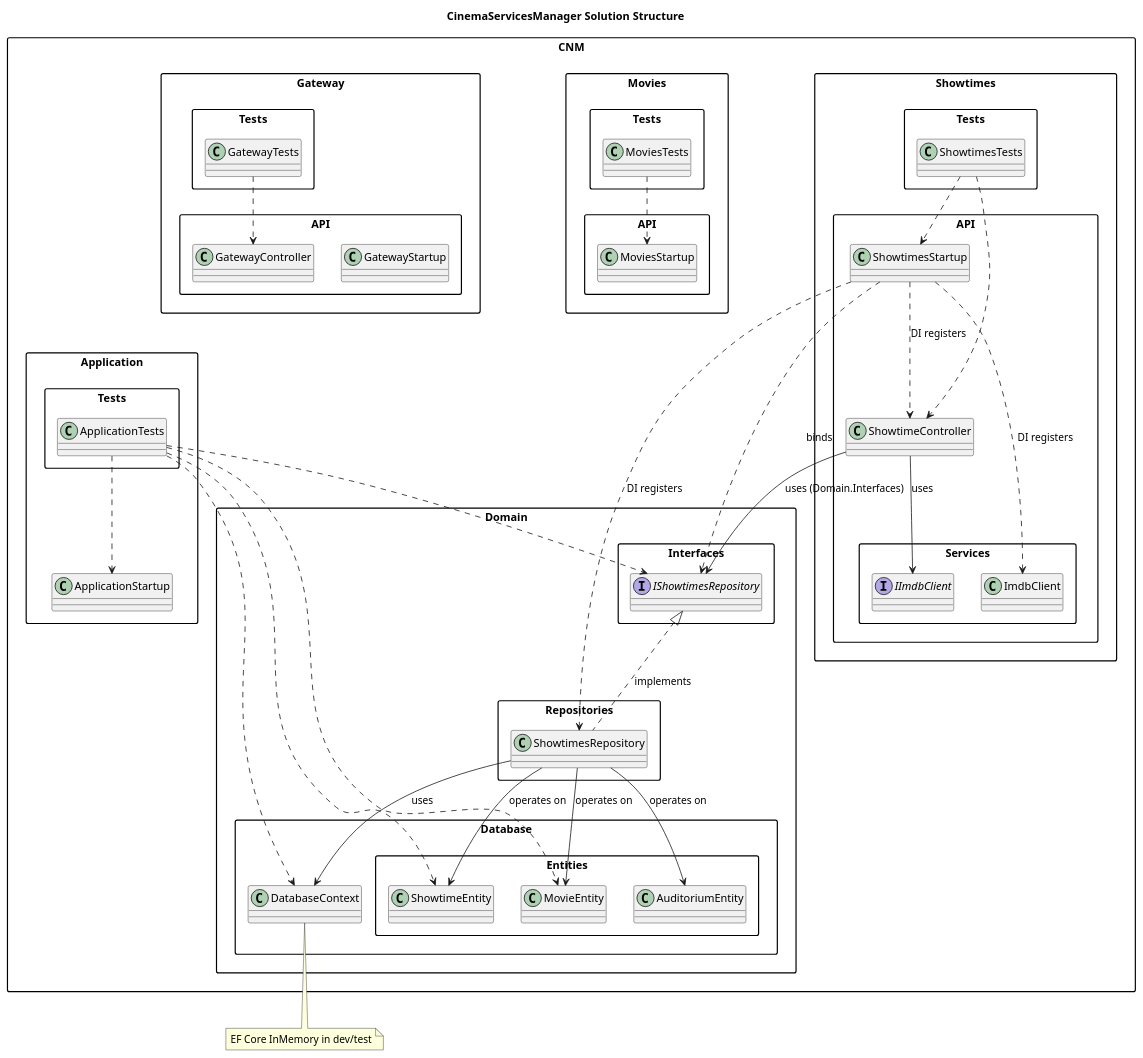
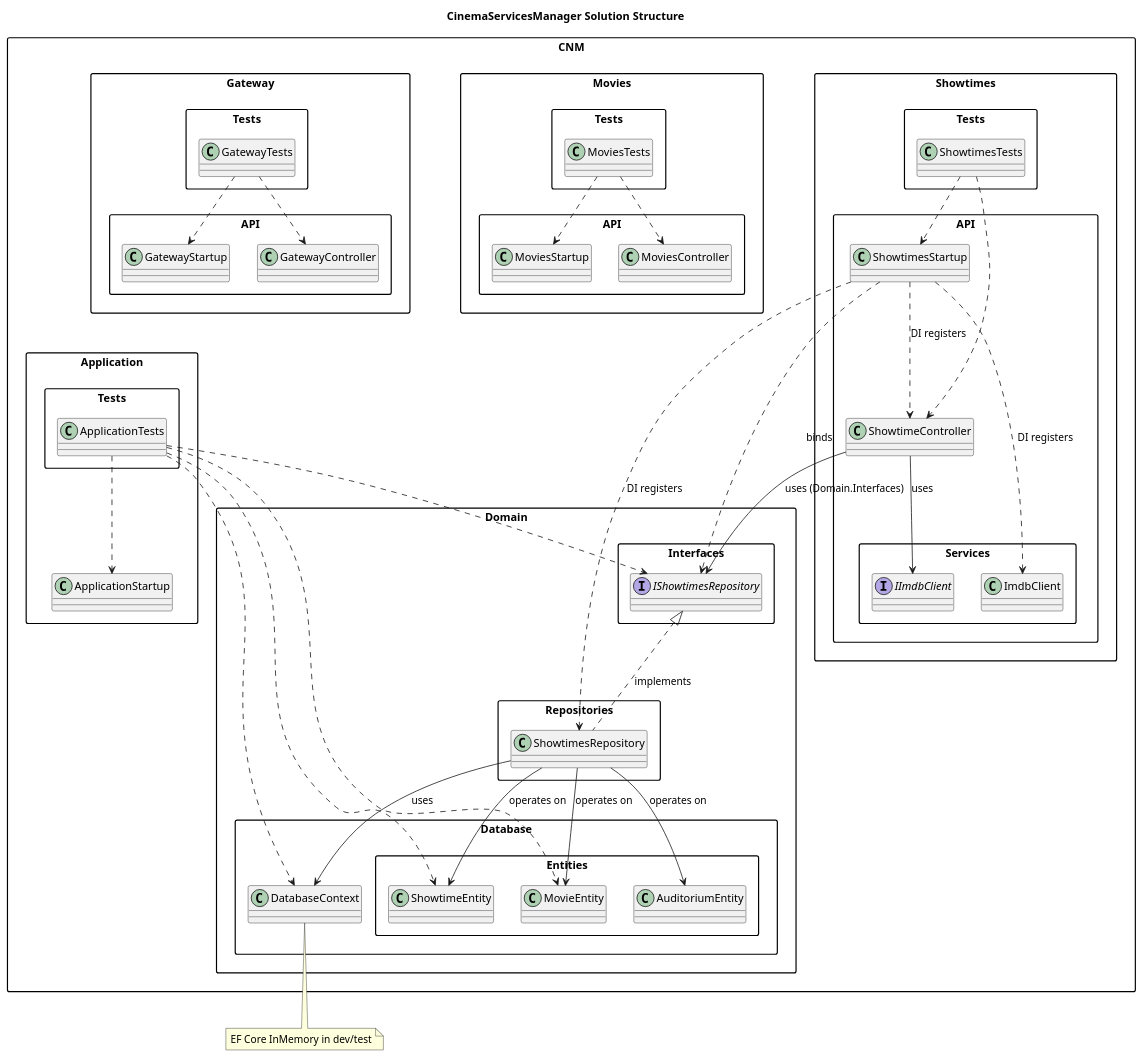
One commit to DenisKovalyonokSamples/CinemaServicesManager changed the diagram in SolutionStructure.puml. Above: the diagram before and after it, drawn with PlantUML.

Commit message:
SolutionStructure update.

```diff
--- a/SolutionStructure.puml
+++ b/SolutionStructure.puml
@@ -1,92 +1,95 @@
 @startuml
 skinparam packageStyle rectangle
 skinparam shadowing false
 
 title CinemaServicesManager Solution Structure
 
 package "CNM.Domain" {
   package "Database" {
     class DatabaseContext
     package "Entities" {
       class ShowtimeEntity
       class MovieEntity
       class AuditoriumEntity
     }
   }
   package "Interfaces" {
     interface IShowtimesRepository
   }
   package "Repositories" {
     class ShowtimesRepository
   }
 }
 
 package "CNM.Showtimes.API" {
   class ShowtimesStartup
   class ShowtimeController
   package "Services" {
     interface IImdbClient
     class ImdbClient
   }
 }
 
 package "CNM.Movies.API" {
   class MoviesStartup
+  class MoviesController
 }
 
 package "CNM.Gateway.API" {
   class GatewayStartup
   class GatewayController
 }
 
 package "CNM.Application" {
   class ApplicationStartup
 }
 
 package "CNM.Application.Tests" {
   class ApplicationTests
 }
 
 package "CNM.Showtimes.Tests" {
   class ShowtimesTests
 }
 
 package "CNM.Movies.Tests" {
   class MoviesTests
 }
 
 package "CNM.Gateway.Tests" {
   class GatewayTests
 }
 
 ShowtimeController --> IImdbClient : uses
 ShowtimeController --> IShowtimesRepository : uses (Domain.Interfaces)
 ShowtimesRepository --> DatabaseContext : uses
 ShowtimesRepository --> ShowtimeEntity : operates on
 ShowtimesRepository --> MovieEntity : operates on
 ShowtimesRepository --> AuditoriumEntity : operates on
 IShowtimesRepository <|.. ShowtimesRepository : implements
 
 ShowtimesStartup ..> ShowtimeController : DI registers
 ShowtimesStartup ..> ImdbClient : DI registers
 ShowtimesStartup ..> ShowtimesRepository : DI registers
 ShowtimesStartup ..> IShowtimesRepository : binds
 
 ApplicationTests ..> ApplicationStartup
 ApplicationTests ..> DatabaseContext
 ApplicationTests ..> IShowtimesRepository
 ApplicationTests ..> ShowtimeEntity
 ApplicationTests ..> MovieEntity
 
 ShowtimesTests ..> ShowtimesStartup
 ShowtimesTests ..> ShowtimeController
 
+MoviesTests ..> MoviesController
 MoviesTests ..> MoviesStartup
 
 GatewayTests ..> GatewayController
+GatewayTests ..> GatewayStartup
 
 note bottom of DatabaseContext
 EF Core InMemory in dev/test
 end note
 
 @enduml
```
